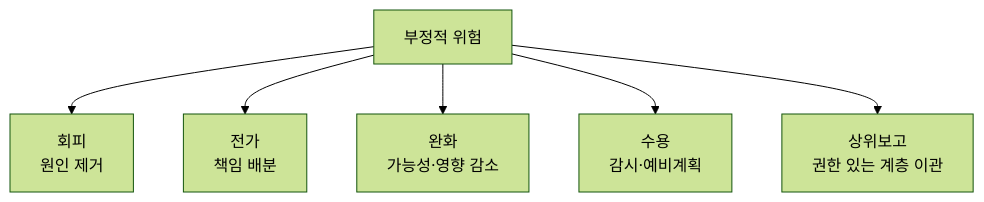
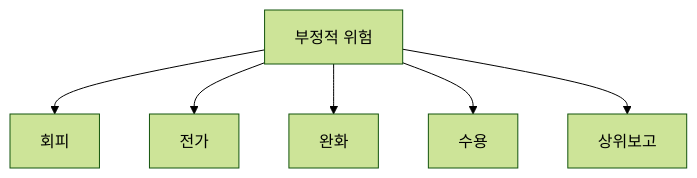
Before and after one commit to agnusdei1207/study: the fourth of 4 diagrams in src/content/docs/notes/itpe/01-it-strategy/040_negative_risk_response_strategy.md, drawn with Mermaid (forest theme). The commit also changed other lines of this file and 19 other files, not shown here.

````diff
--- a/src/content/docs/notes/itpe/01-it-strategy/040_negative_risk_response_strategy.md
+++ b/src/content/docs/notes/itpe/01-it-strategy/040_negative_risk_response_strategy.md
@@ -150,8 +131,8 @@
 ```mermaid
 flowchart TB
-    R[부정적 위험] --> A[회피<br/>원인 제거]
-    R --> T[전가<br/>책임 배분]
-    R --> M[완화<br/>가능성·영향 감소]
-    R --> C[수용<br/>감시·예비계획]
-    R --> E[상위보고<br/>권한 있는 계층 이관]
+    R["부정적 위험"] --> A["회피"]
+    R --> T["전가"]
+    R --> M["완화"]
+    R --> C["수용"]
+    R --> E["상위보고"]
 ```
````
